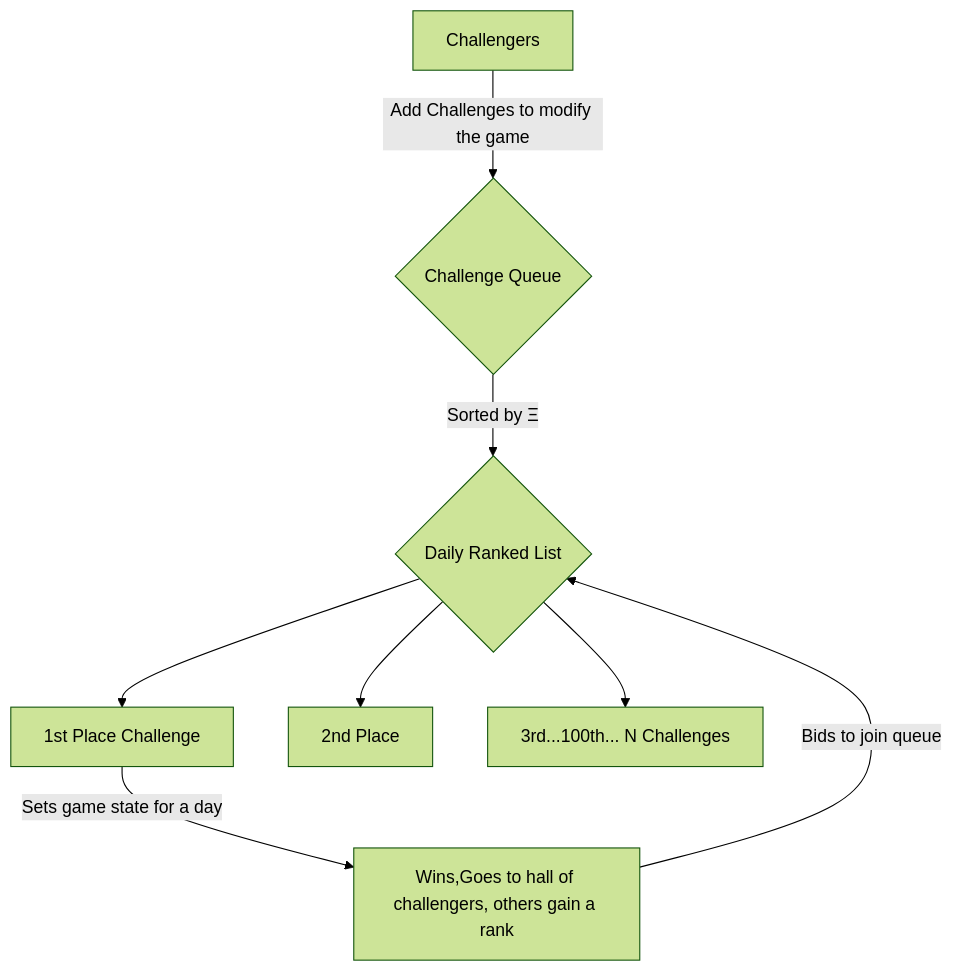
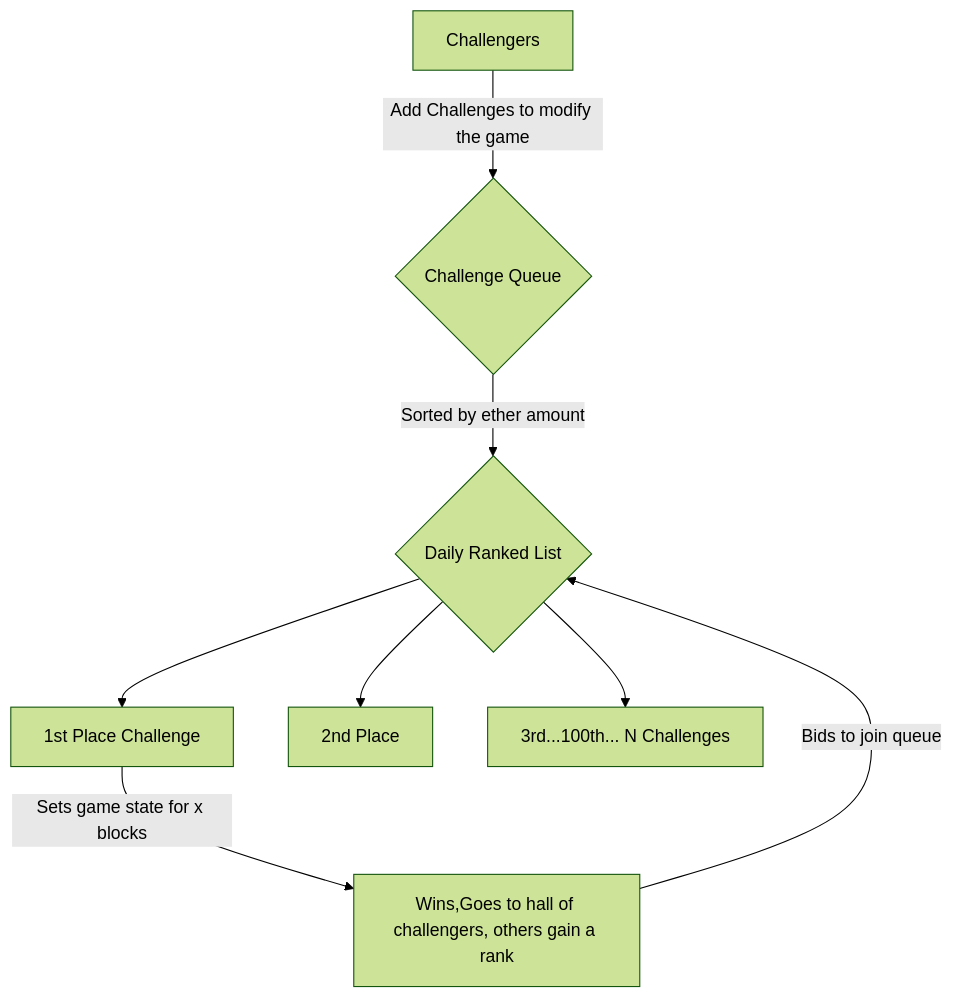
The third of 6 diagrams in README.md (OnChainSurvivor/OnChainSurvivor), drawn with Mermaid (forest theme) before and after one commit. The commit also changed other lines of this file, not shown here.

````diff
--- a/README.md
+++ b/README.md
@@ -31,10 +31,10 @@
 ```mermaid
 graph TD
     A[Challengers] -->|Add Challenges to modify the game| B{Challenge Queue}
-    B -->|Sorted by Ξ | C{Daily Ranked List}
+    B -->|Sorted by ether amount | C{Daily Ranked List}
     C --> D1[1st Place Challenge]
     C --> D2[2nd Place]
     C --> D12[3rd...100th... N Challenges]
-    D1 -->| Sets game state for a day | E[Wins,Goes to hall of challengers, others gain a rank]
+    D1 -->| Sets game state for x blocks | E[Wins,Goes to hall of challengers, others gain a rank]
     E -->| Bids to join queue | C
 ```
````
